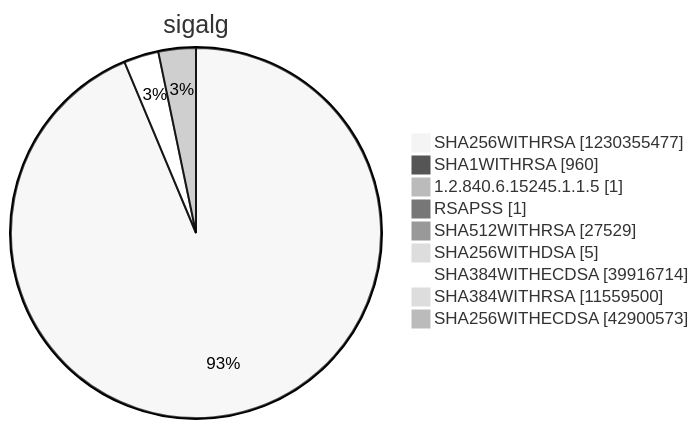
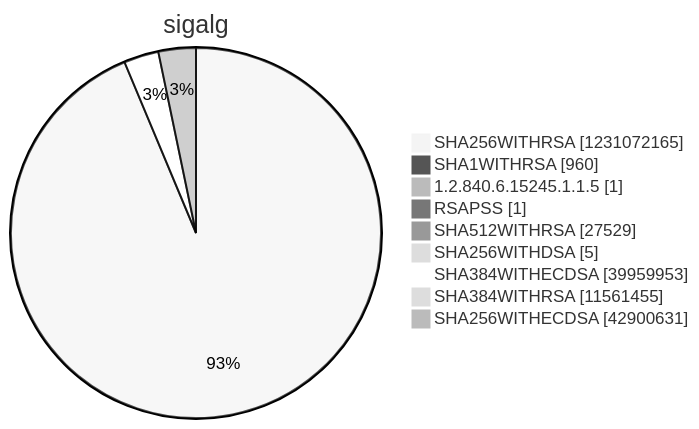
One commit to christiankrug/ctmonitor_visualization changed diagram 15 of 15 in argon2022/README.md. Above: the diagram before and after it, drawn with Mermaid (neutral theme). The commit also changed other lines of this file, not shown here.

````diff
--- a/argon2022/README.md
+++ b/argon2022/README.md
@@ -5522,13 +5522,13 @@
 ```mermaid
 pie showData
 title sigalg
-"SHA256WITHRSA" :1230355477
+"SHA256WITHRSA" :1231072165
 "SHA1WITHRSA" :960
 "1.2.840.6.15245.1.1.5" :1
 "RSAPSS" :1
 "SHA512WITHRSA" :27529
 "SHA256WITHDSA" :5
-"SHA384WITHECDSA" :39916714
-"SHA384WITHRSA" :11559500
-"SHA256WITHECDSA" :42900573
+"SHA384WITHECDSA" :39959953
+"SHA384WITHRSA" :11561455
+"SHA256WITHECDSA" :42900631
 ```
````
